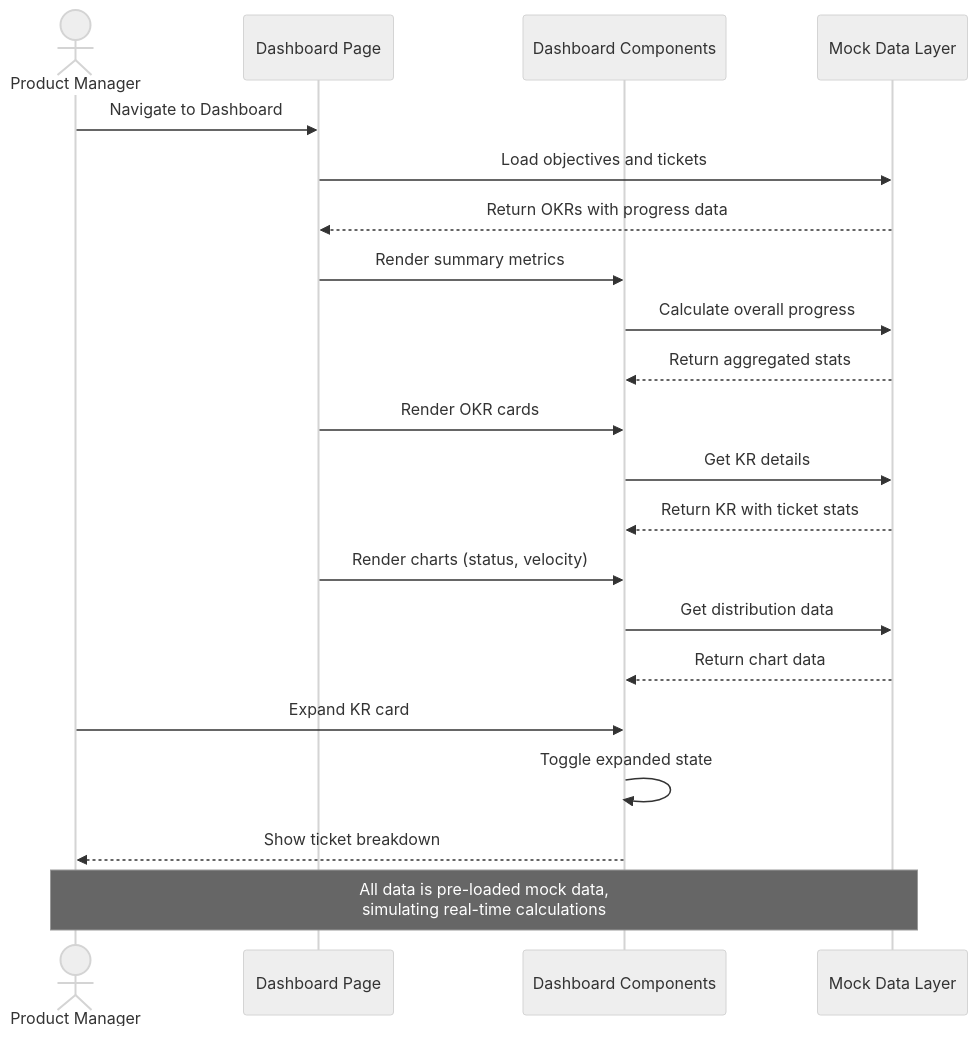
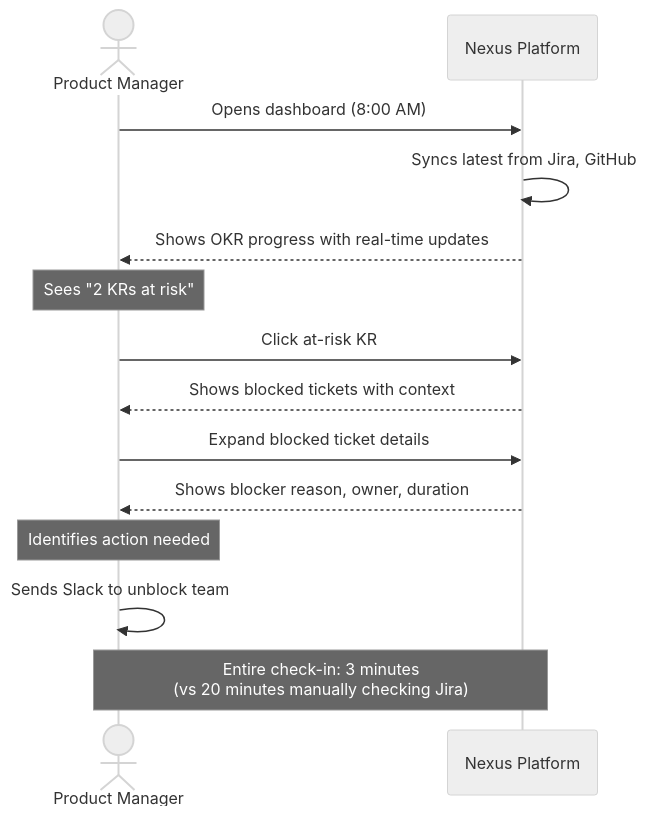
The second of 4 diagrams in writeup.md (sanchit-quinnox/AI4PMs), drawn with Mermaid (neutral theme) before and after one commit. The commit also changed other lines of this file, not shown here.

````diff
--- a/writeup.md
+++ b/writeup.md
@@ -555,29 +512,23 @@
 ```mermaid
 sequenceDiagram
     actor PM as Product Manager
-    participant UI as Dashboard Page
-    participant Components as Dashboard Components
-    participant Data as Mock Data Layer
+    participant Nexus as Nexus Platform
 
-    PM->>UI: Navigate to Dashboard
-    UI->>Data: Load objectives and tickets
-    Data-->>UI: Return OKRs with progress data
+    PM->>Nexus: Opens dashboard (8:00 AM)
+    Nexus->>Nexus: Syncs latest from Jira, GitHub
+    Nexus-->>PM: Shows OKR progress with real-time updates
     
-    UI->>Components: Render summary metrics
-    Components->>Data: Calculate overall progress
-    Data-->>Components: Return aggregated stats
+    Note over PM: Sees "2 KRs at risk"
     
-    UI->>Components: Render OKR cards
-    Components->>Data: Get KR details
-    Data-->>Components: Return KR with ticket stats
+    PM->>Nexus: Click at-risk KR
+    Nexus-->>PM: Shows blocked tickets with context
     
-    UI->>Components: Render charts (status, velocity)
-    Components->>Data: Get distribution data
-    Data-->>Components: Return chart data
+    PM->>Nexus: Expand blocked ticket details
+    Nexus-->>PM: Shows blocker reason, owner, duration
     
-    PM->>Components: Expand KR card
-    Components->>Components: Toggle expanded state
-    Components-->>PM: Show ticket breakdown
+    Note over PM: Identifies action needed
     
-    Note over PM,Data: All data is pre-loaded mock data,<br/>simulating real-time calculations
+    PM->>PM: Sends Slack to unblock team
+    
+    Note over PM,Nexus: Entire check-in: 3 minutes<br/>(vs 20 minutes manually checking Jira)
 ```
````
